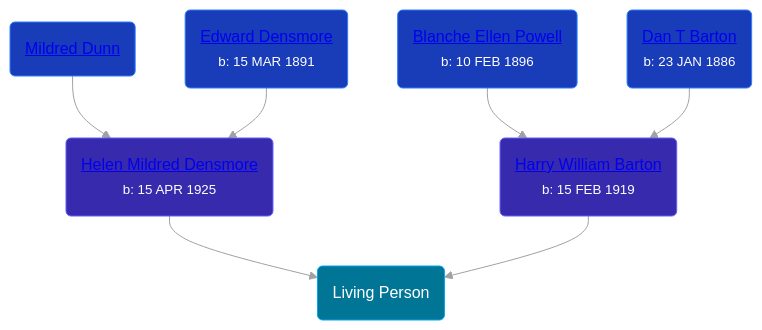
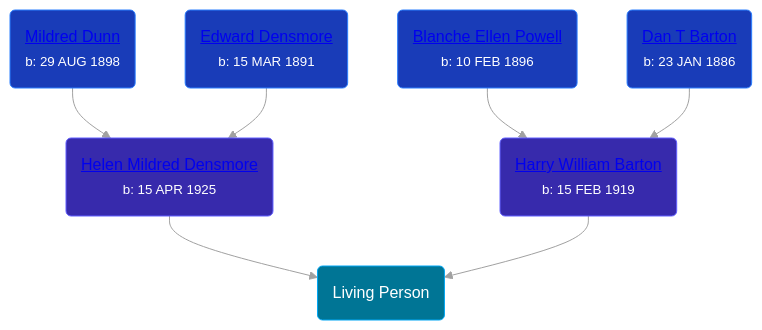
The diagram in pages/people/4/42360279.md (wpmgotkh/wpmgotkh.github.io), drawn with Mermaid (base theme) before and after one commit. The commit also changed 257 other files, not shown here.

````diff
--- a/pages/people/4/42360279.md
+++ b/pages/people/4/42360279.md
@@ -10,14 +10,14 @@
 ```mermaid
 graph
 classDef grands fill:#193cb8,stroke:#2b7fff,stroke-width:1px,color:#fff;
 classDef parents fill:#372aac,stroke:#615fff,stroke-width:1px,color:#fff;
 classDef primary fill:#007595,stroke:#00a6f4,stroke-width:1px,color:#fff;
 42360279(Living Person):::primary
 54702290(<a class="text-white" href="/people/5/54702290">Helen Mildred Densmore</a><br /><small>b: 15 APR 1925</small>):::parents-->42360279
-7869963(<a class="text-white" href="/people/7/7869963">Mildred Dunn</a>):::grands-->54702290
+7869963(<a class="text-white" href="/people/7/7869963">Mildred Dunn</a><br /><small>b: 29 AUG 1898</small>):::grands-->54702290
 75117844(<a class="text-white" href="/people/7/75117844">Edward Densmore</a><br /><small>b: 15 MAR 1891</small>):::grands-->54702290
 83492690(<a class="text-white" href="/people/8/83492690">Harry William Barton</a><br /><small>b: 15 FEB 1919</small>):::parents-->42360279
 88023024(<a class="text-white" href="/people/8/88023024">Blanche Ellen Powell</a><br /><small>b: 10 FEB 1896</small>):::grands-->83492690
 95106328(<a class="text-white" href="/people/9/95106328">Dan T Barton</a><br /><small>b: 23 JAN 1886</small>):::grands-->83492690
 linkStyle default stroke:#a1a1a1
 ```
````
